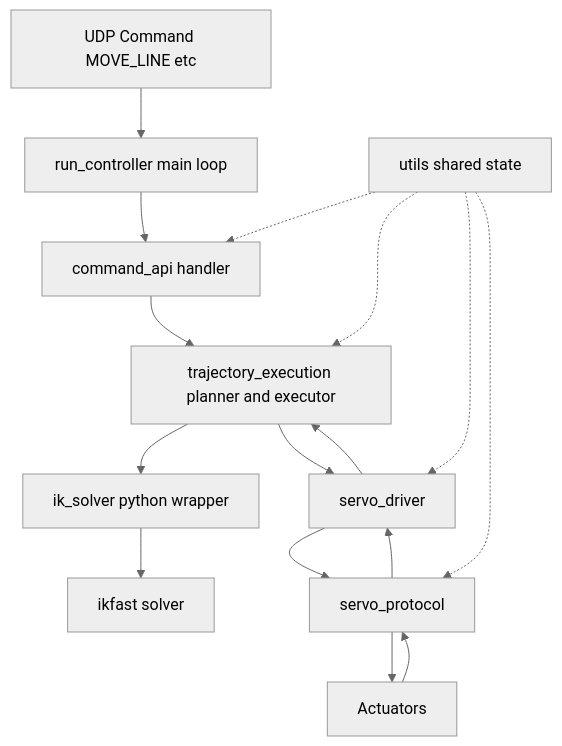
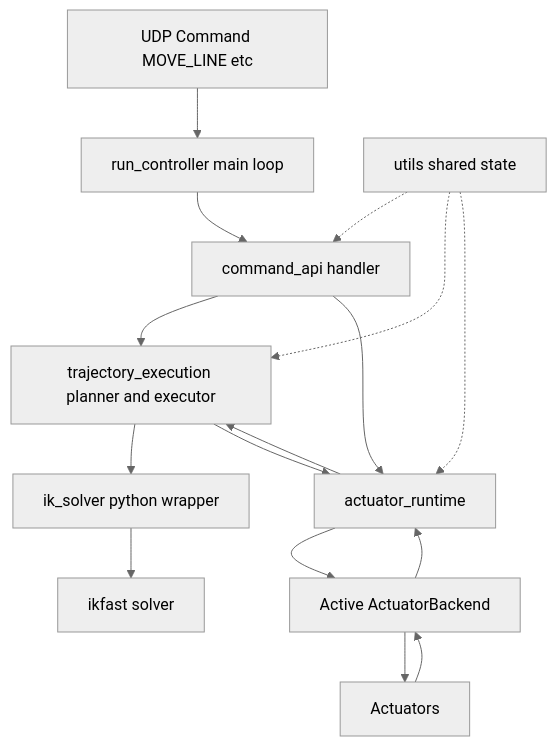
One commit to Dembry123/GradientOS changed the second of 3 diagrams in docs/README.md. Above: the diagram before and after it, drawn with Mermaid (neutral theme). The commit also changed other lines of this file and 31 other files, not shown here.

````diff
--- a/docs/README.md
+++ b/docs/README.md
@@ -365,18 +363,18 @@
 ```mermaid
 flowchart TD
     A[UDP Command MOVE_LINE etc] --> B[run_controller main loop]
     B --> C[command_api handler]
     C --> D[trajectory_execution planner and executor]
     D --> E[ik_solver python wrapper]
     E --> F[ikfast solver]
-    D --> G[servo_driver]
-    G --> H[servo_protocol]
+    C --> G[actuator_runtime]
+    D --> G
+    G --> H[Active ActuatorBackend]
     H --> I[Actuators]
     I --> H
     H --> G
     G --> D
     J[utils shared state] -.-> C
     J -.-> D
     J -.-> G
-    J -.-> H
 ```
````
